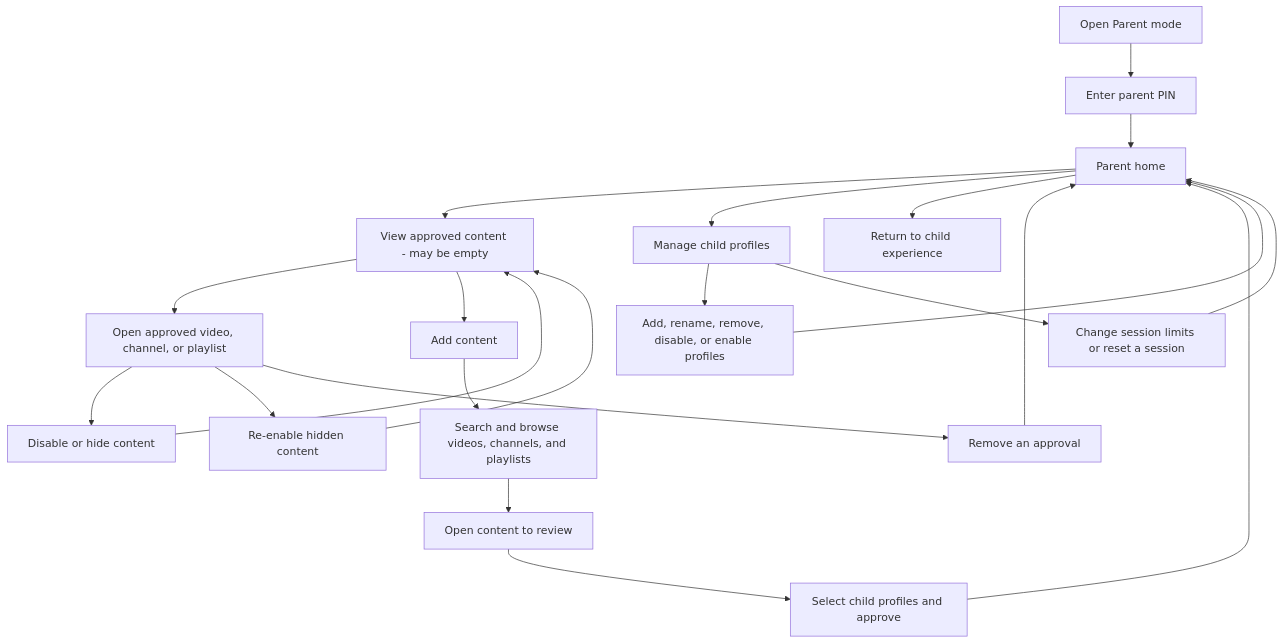
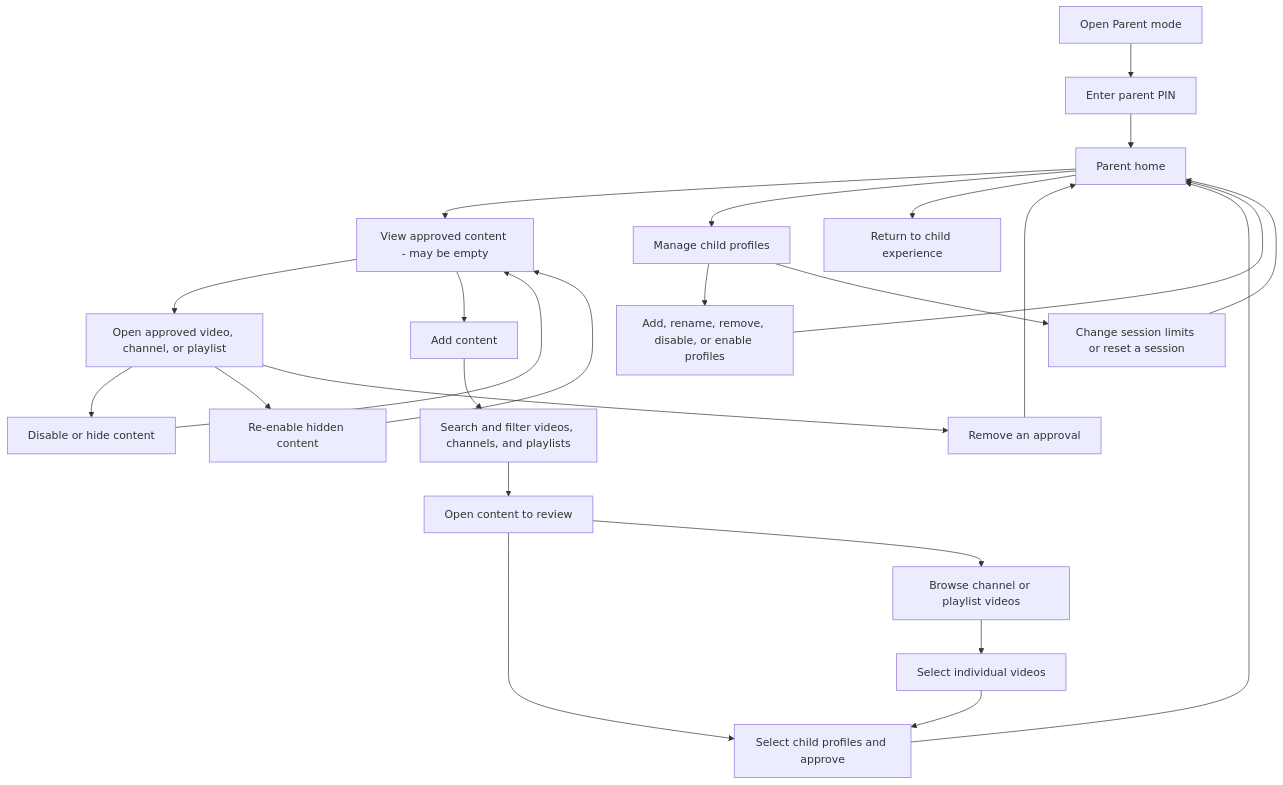
One commit to muhauliafirmansyah/NewPipe-Kids changed the fifth of 5 diagrams in USER_FLOW.md. Above: the diagram before and after it, drawn with Mermaid. The commit also changed other lines of this file and 11 other files, not shown here.

````diff
--- a/USER_FLOW.md
+++ b/USER_FLOW.md
@@ -114,24 +114,27 @@
 ```mermaid
 flowchart TD
     A[Open Parent mode] --> B[Enter parent PIN]
     B --> C[Parent home]
     C --> G[View approved content - may be empty]
     G --> L[Open approved video, channel, or playlist]
     L --> M[Disable or hide content]
     L --> N[Re-enable hidden content]
     L --> H[Remove an approval]
     G --> D[Add content]
-    D --> O[Search and browse videos, channels, and playlists]
+    D --> O[Search and filter videos, channels, and playlists]
     O --> E[Open content to review]
     E --> F[Select child profiles and approve]
+    E --> S[Browse channel or playlist videos]
+    S --> T[Select individual videos]
+    T --> F
     C --> I[Manage child profiles]
     I --> J[Add, rename, remove, disable, or enable profiles]
     I --> P[Change session limits or reset a session]
     F --> C
     H --> C
     M --> G
     N --> G
     J --> C
     P --> C
     C --> K[Return to child experience]
 ```
````
